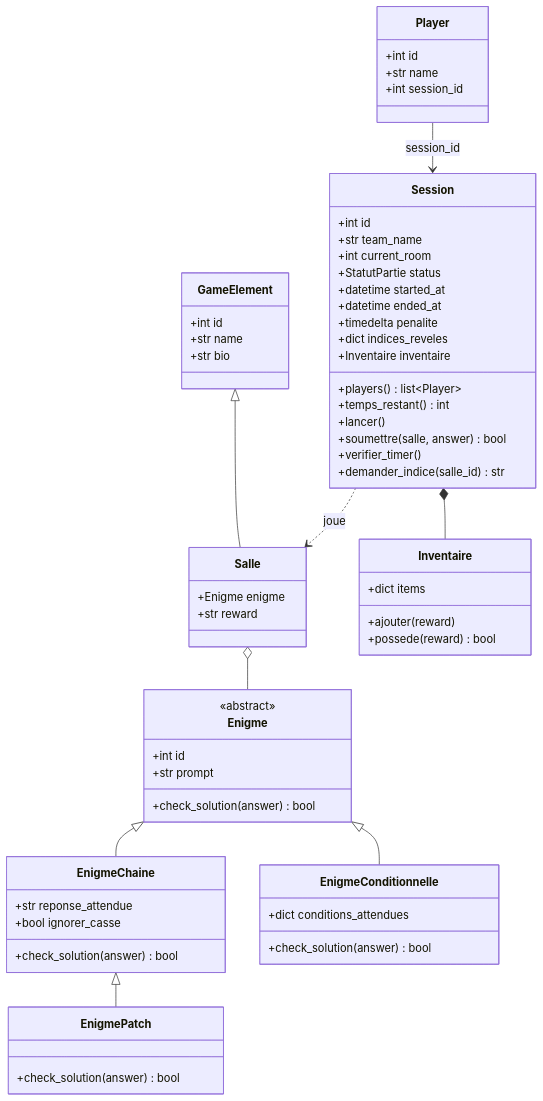
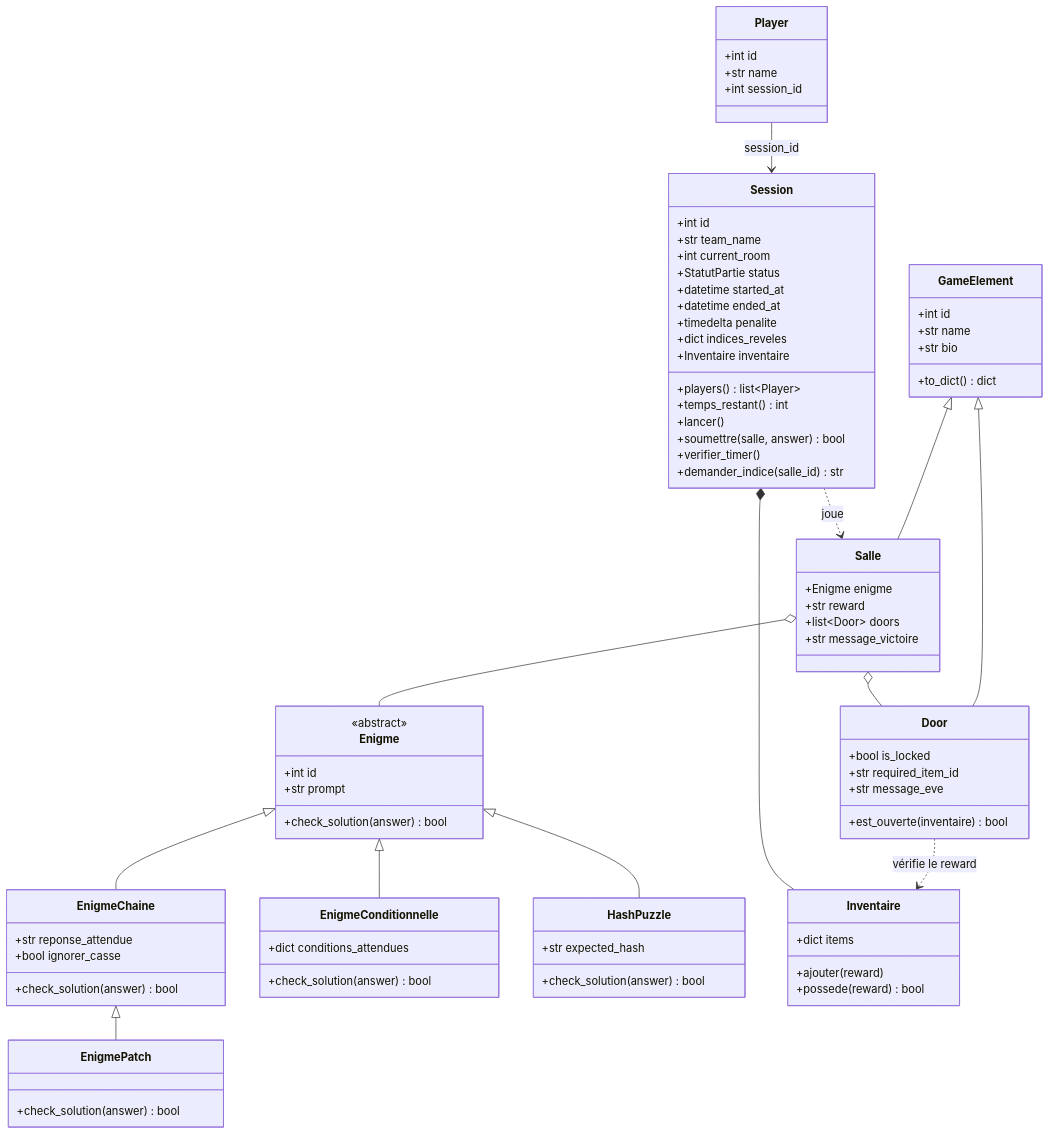
Before and after one commit to Benjylem/Python-FastAPI: the fourth of 4 diagrams in R00t_Override/docs/architecture.md, drawn with Mermaid. The commit also changed other lines of this file and 2 other files, not shown here.

First line of the commit message:
[FIX] doc alignée sur le code : Door, HashPuzzle, /health, logs complets, validation

```diff
--- a/R00t_Override/docs/architecture.md
+++ b/R00t_Override/docs/architecture.md
@@ -156,10 +163,19 @@
         +int id
         +str name
         +str bio
+        +to_dict() dict
     }
     class Salle {
         +Enigme enigme
         +str reward
+        +list~Door~ doors
+        +str message_victoire
+    }
+    class Door {
+        +bool is_locked
+        +str required_item_id
+        +str message_eve
+        +est_ouverte(inventaire) bool
     }
     class Enigme {
         <<abstract>>
@@ -177,6 +193,10 @@
         +check_solution(answer) bool
     }
     class EnigmePatch {
+        +check_solution(answer) bool
+    }
+    class HashPuzzle {
+        +str expected_hash
         +check_solution(answer) bool
     }
     class Session {
@@ -208,10 +228,14 @@
     }
 
     GameElement <|-- Salle
+    GameElement <|-- Door
     Enigme <|-- EnigmeChaine
+    Enigme <|-- HashPuzzle
     Enigme <|-- EnigmeConditionnelle
     EnigmeChaine <|-- EnigmePatch
     Salle o-- Enigme
+    Salle o-- Door
+    Door ..> Inventaire : vérifie le reward
     Session *-- Inventaire
     Session ..> Salle : joue
     Player --> Session : session_id
```
